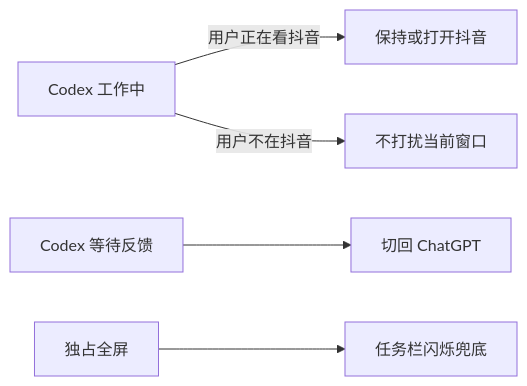
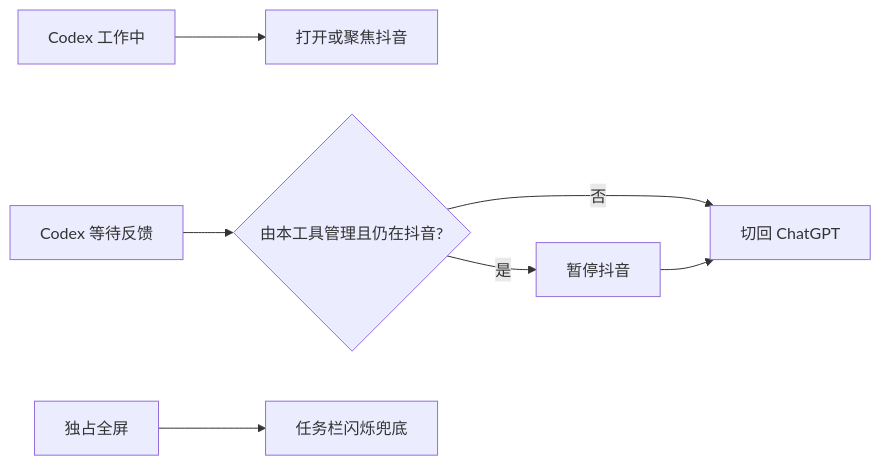
The diagram in README.md (tobyberry666/codex-douyin-windows), drawn with Mermaid before and after one commit. The commit also changed other lines of this file and 1 other file, not shown here.

Commit message:
docs: align focus flow with current behavior

````diff
--- a/README.md
+++ b/README.md
@@ -19,7 +19,9 @@
 ```mermaid
 flowchart LR
-  A[Codex 工作中] -->|用户正在看抖音| B[保持或打开抖音]
-  A -->|用户不在抖音| C[不打扰当前窗口]
-  D[Codex 等待反馈] --> E[切回 ChatGPT]
-  F[独占全屏] --> G[任务栏闪烁兜底]
+  A[Codex 工作中] --> B[打开或聚焦抖音]
+  C[Codex 等待反馈] --> D{由本工具管理且仍在抖音?}
+  D -->|是| E[暂停抖音]
+  D -->|否| F[切回 ChatGPT]
+  E --> F
+  G[独占全屏] --> H[任务栏闪烁兜底]
 ```
````
